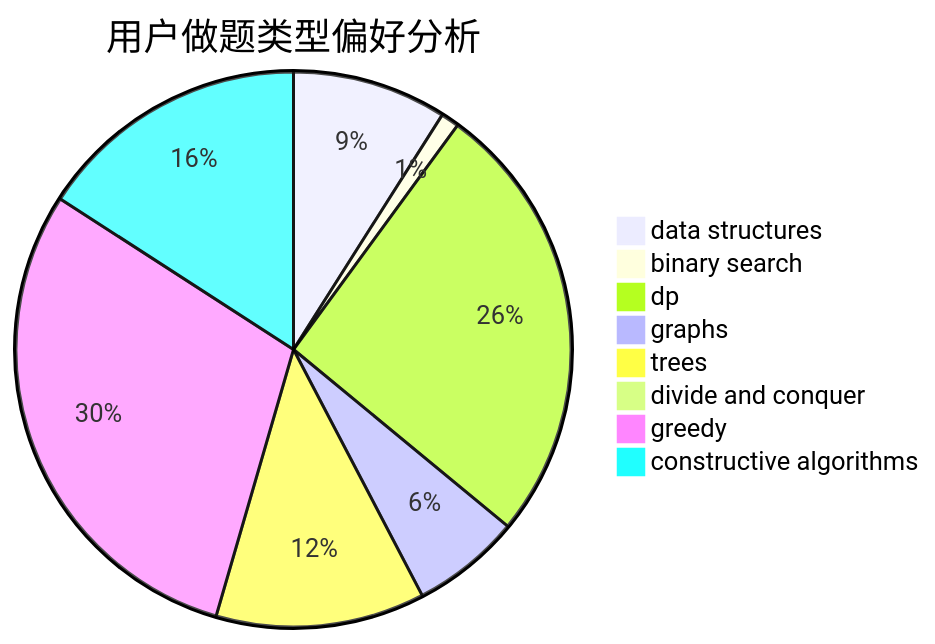
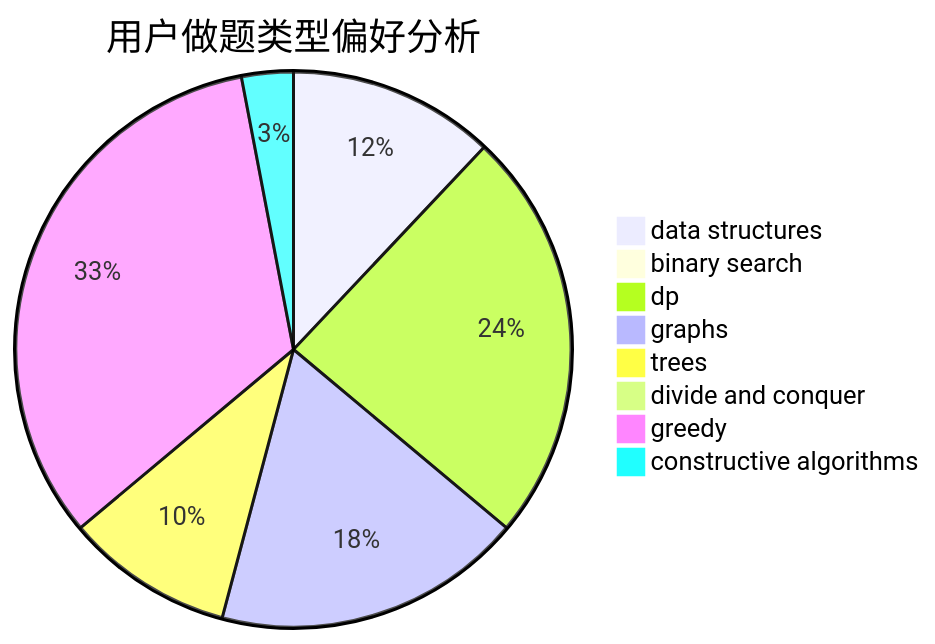
The second of 3 diagrams in docs/user/u1885.md (sherpahu/cfrs.github.io), drawn with Mermaid before and after one commit. The commit also changed other lines of this file and 2770 other files, not shown here.

````diff
--- a/docs/user/u1885.md
+++ b/docs/user/u1885.md
@@ -23,11 +23,11 @@
 ```mermaid
 pie title 用户做题类型偏好分析
-    "data structures" :  17
-    "binary search" :  2
-    "dp" :  49
-    "graphs" :  12
-    "trees" :  23
+    "data structures" :  16
+    "binary search" :  0
+    "dp" :  32
+    "graphs" :  24
+    "trees" :  13
     "divide and conquer" :  0
-    "greedy" :  56
-    "constructive algorithms" :  30
+    "greedy" :  44
+    "constructive algorithms" :  4
 ```
````
